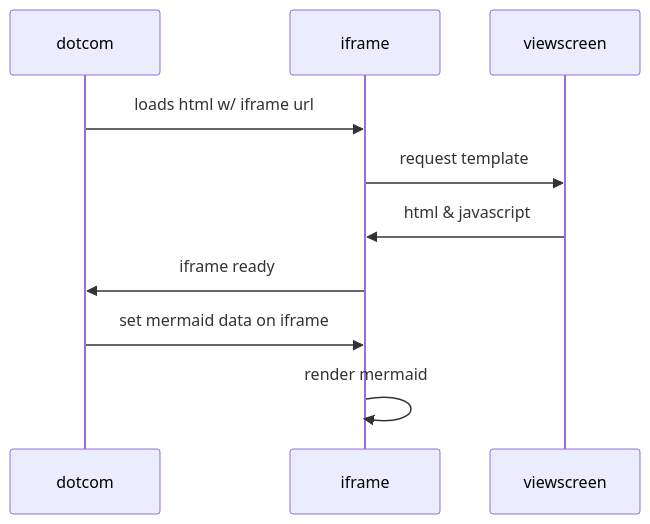
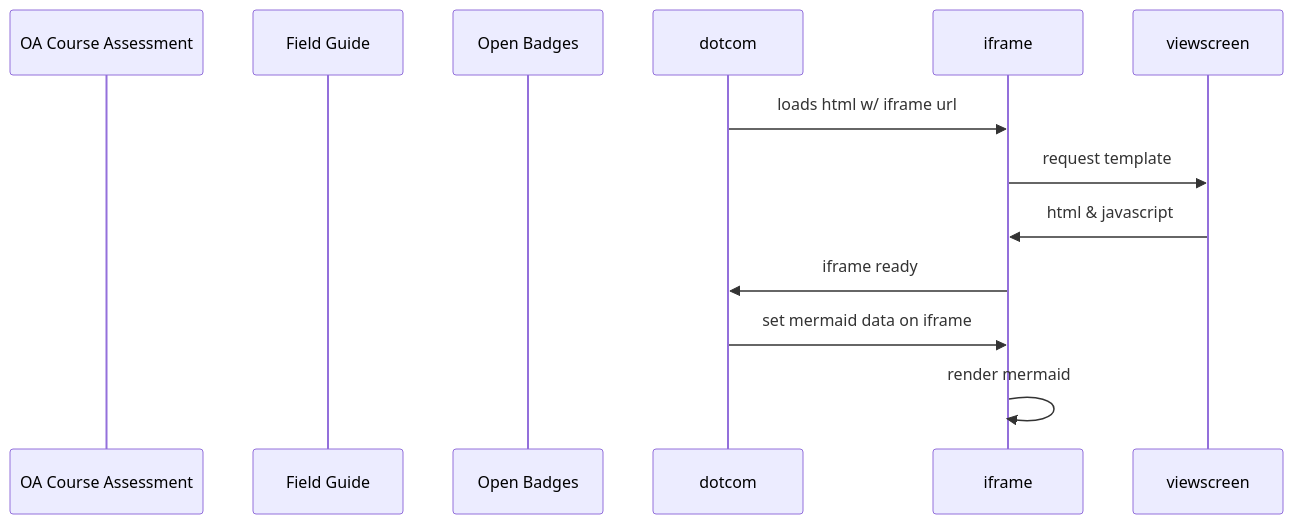
Before and after one commit to Web-learning/Open-Umbrella: the diagram in README.md, drawn with Mermaid.

Commit message:
Update README.md
updates

````diff
--- a/README.md
+++ b/README.md
@@ -25,12 +25,12 @@
 ```mermaid
 sequenceDiagram
-    participant dotcom
-    participant iframe
-    participant viewscreen
+    participant OA Course Assessment 
+    participant Field Guide 
+    participant Open Badges
     dotcom->>iframe: loads html w/ iframe url
     iframe->>viewscreen: request template
     viewscreen->>iframe: html & javascript
     iframe->>dotcom: iframe ready
     dotcom->>iframe: set mermaid data on iframe
     iframe->>iframe: render mermaid
 ```
````
